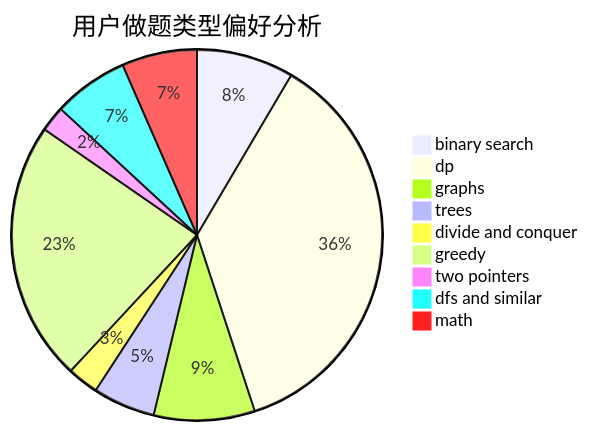
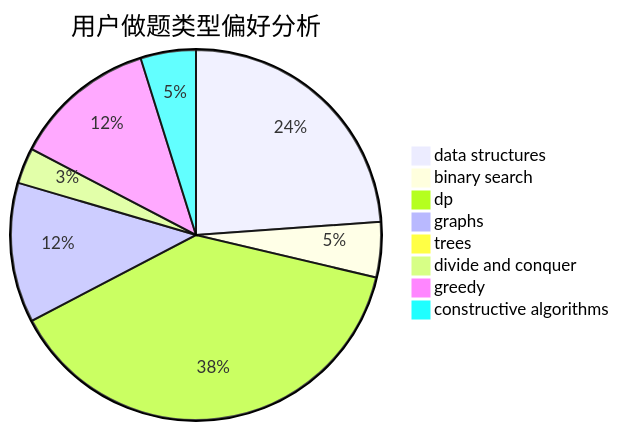
One commit to sherpahu/cfrs.github.io changed the second of 3 diagrams in docs/user/u1904.md. Above: the diagram before and after it, drawn with Mermaid. The commit also changed other lines of this file and 2775 other files, not shown here.

````diff
--- a/docs/user/u1904.md
+++ b/docs/user/u1904.md
@@ -23,12 +23,11 @@
 ```mermaid
 pie title 用户做题类型偏好分析
-    "binary search" :  53
-    "dp" :  228
-    "graphs" :  55
-    "trees" :  34
-    "divide and conquer" :  17
-    "greedy" :  142
-    "two pointers" :  14
-    "dfs and similar" :  41
-    "math" :  41
+    "data structures" :  84
+    "binary search" :  17
+    "dp" :  136
+    "graphs" :  43
+    "trees" :  3
+    "divide and conquer" :  11
+    "greedy" :  44
+    "constructive algorithms" :  17
 ```
````
